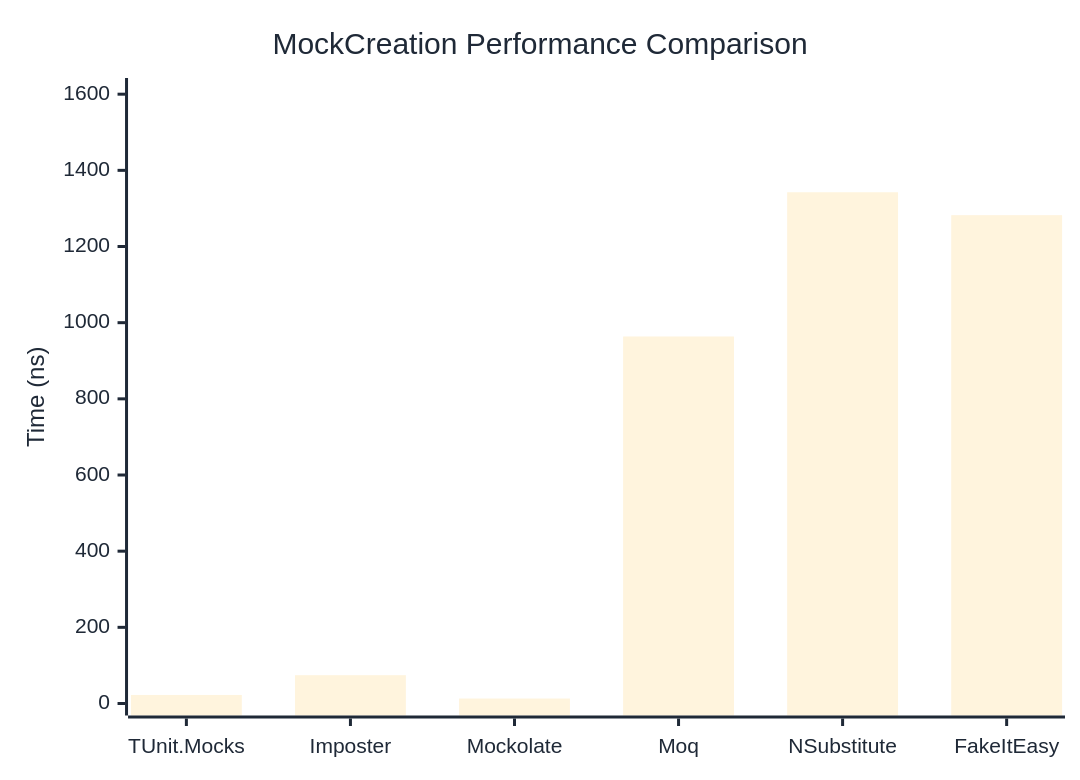
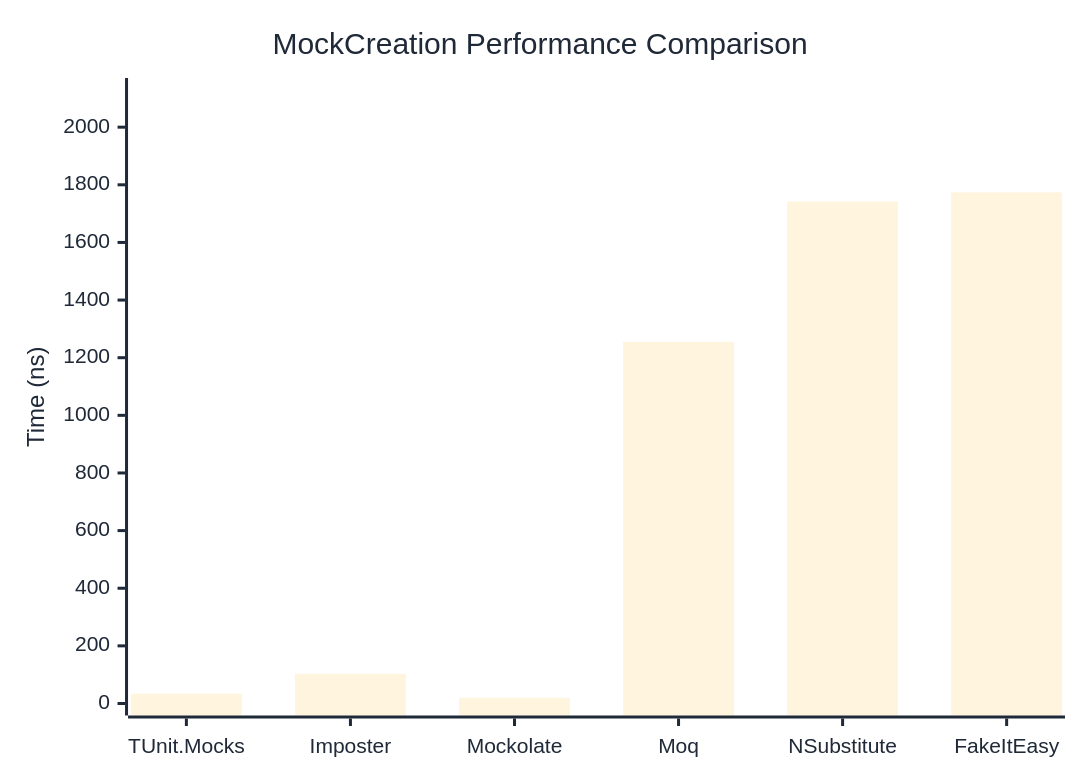
One commit to thomhurst/TUnit changed the first of 2 diagrams in docs/docs/benchmarks/mocks/MockCreation.md. Above: the diagram before and after it, drawn with Mermaid. The commit also changed other lines of this file and 14 other files, not shown here.

````diff
--- a/docs/docs/benchmarks/mocks/MockCreation.md
+++ b/docs/docs/benchmarks/mocks/MockCreation.md
@@ -30,27 +30,27 @@
 ```mermaid
 %%{init: {
   'theme':'base',
   'themeVariables': {
     'primaryColor': '#2563eb',
     'primaryTextColor': '#1f2937',
     'primaryBorderColor': '#1e40af',
     'lineColor': '#6b7280',
     'secondaryColor': '#7c3aed',
     'tertiaryColor': '#dc2626',
     'background': '#ffffff',
     'pie1': '#2563eb',
     'pie2': '#7c3aed',
     'pie3': '#dc2626',
     'pie4': '#f59e0b',
     'pie5': '#10b981',
     'pie6': '#06b6d4',
     'pie7': '#ec4899',
     'pie8': '#6366f1'
   }
 }}%%
 xychart-beta
   title "MockCreation Performance Comparison"
   x-axis ["TUnit.Mocks", "Imposter", "Mockolate", "Moq", "NSubstitute", "FakeItEasy"]
-  y-axis "Time (ns)" 0 --> 1611
-  bar [22.39, 74.38, 13.05, 963.74, 1342.48, 1282.32]
+  y-axis "Time (ns)" 0 --> 2129
+  bar [33.88, 103.05, 19.88, 1254.91, 1742.01, 1773.81]
 ```
````
